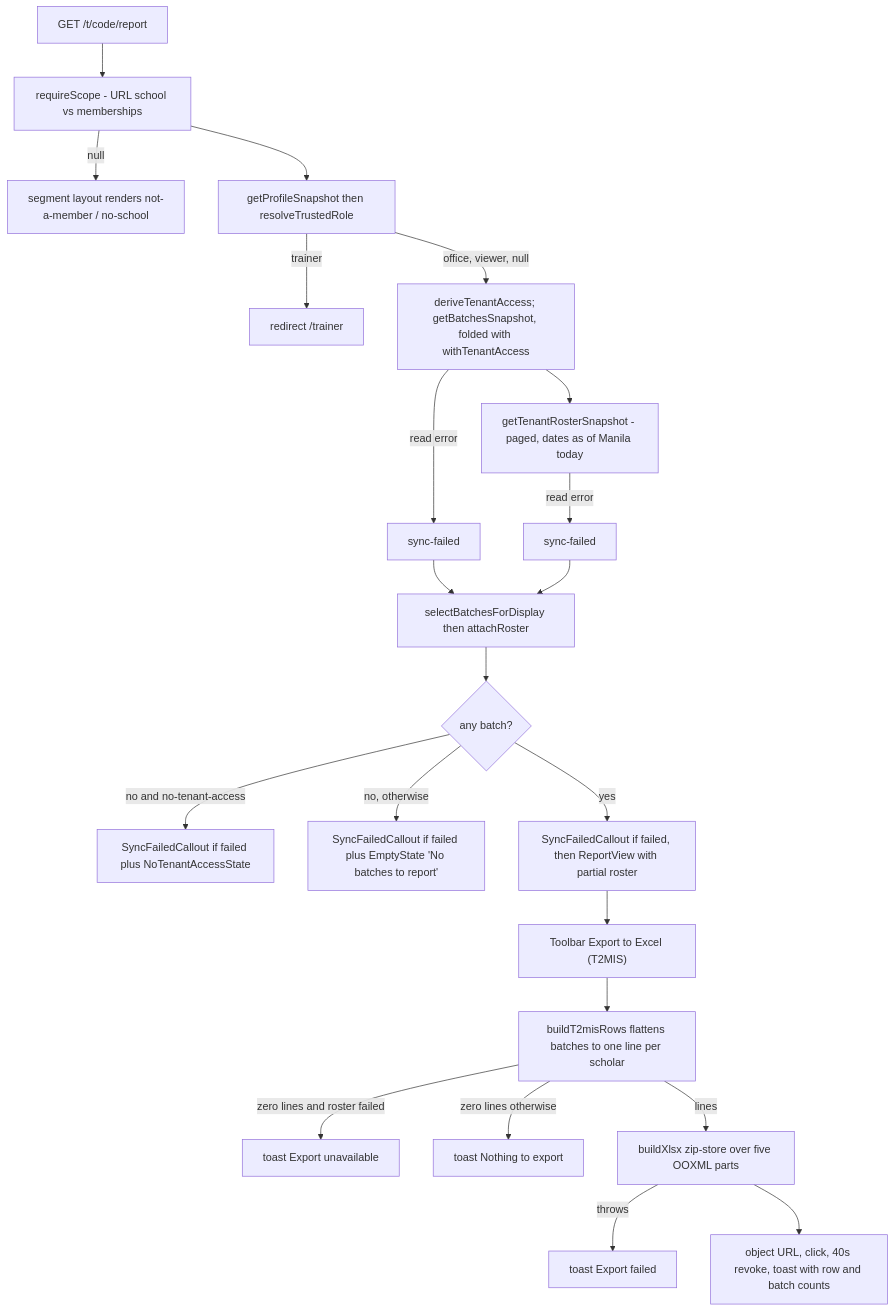
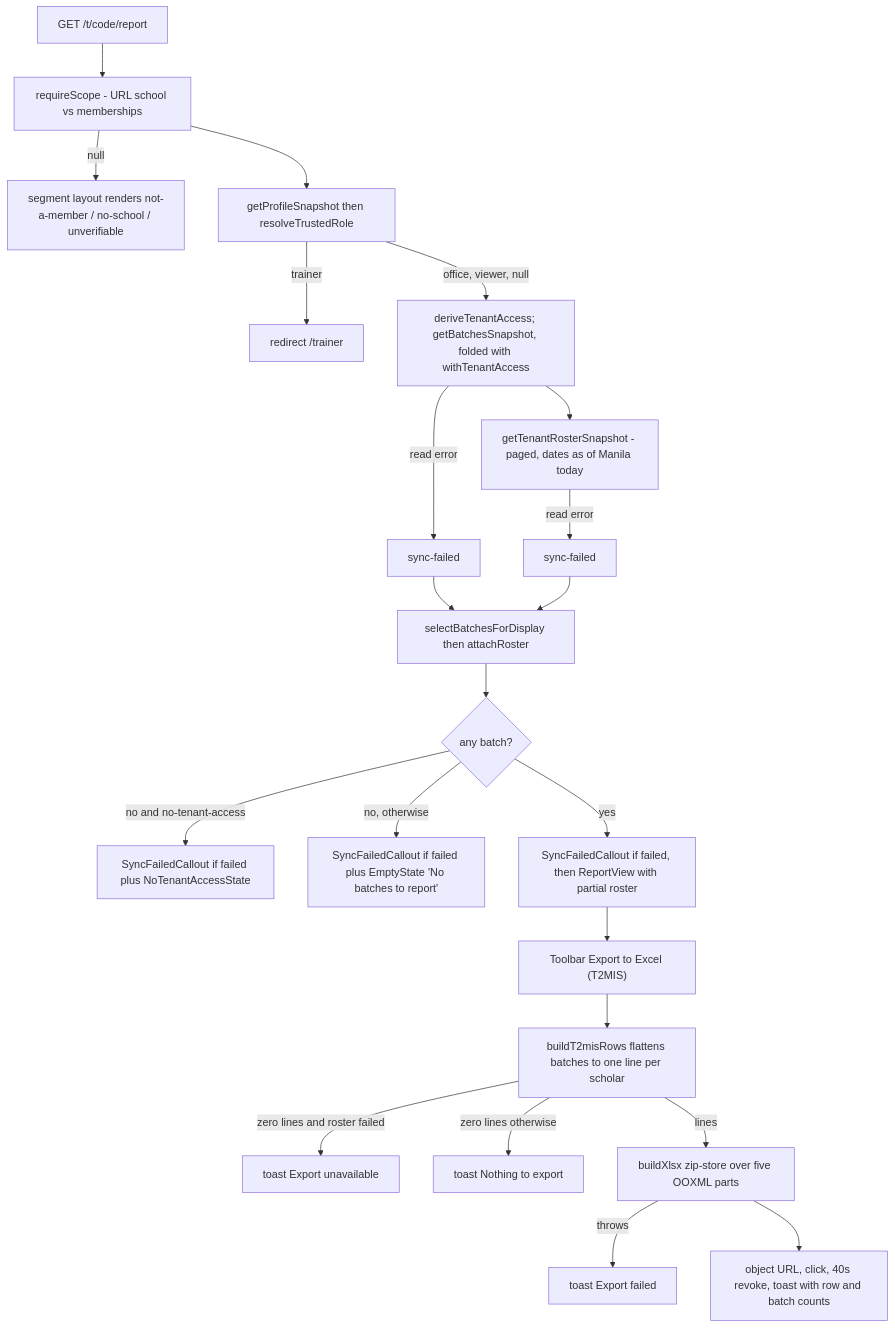
The second of 2 diagrams in openwiki/workflows/reporting-and-export.md (shuakyle21/tesda-compliance-manager), drawn with Mermaid before and after one commit. The commit also changed other lines of this file and 44 other files, not shown here.

````diff
--- a/openwiki/workflows/reporting-and-export.md
+++ b/openwiki/workflows/reporting-and-export.md
@@ -75,24 +156,24 @@
 ```mermaid
 flowchart TD
   A["GET /t/code/report"] --> B["requireScope - URL school vs memberships"]
-  B -->|null| B1["segment layout renders not-a-member / no-school"]
+  B -->|null| B1["segment layout renders not-a-member / no-school / unverifiable"]
   B --> C["getProfileSnapshot then resolveTrustedRole"]
   C -->|trainer| C1["redirect /trainer"]
   C -->|office, viewer, null| D["deriveTenantAccess; getBatchesSnapshot, folded with withTenantAccess"]
   D -->|read error| D1["sync-failed"]
   D --> F["getTenantRosterSnapshot - paged, dates as of Manila today"]
   F -->|read error| F1["sync-failed"]
   D1 --> G["selectBatchesForDisplay then attachRoster"]
   F1 --> G
   G --> H{"any batch?"}
   H -->|"no and no-tenant-access"| H1["SyncFailedCallout if failed plus NoTenantAccessState"]
   H -->|"no, otherwise"| H2["SyncFailedCallout if failed plus EmptyState 'No batches to report'"]
   H -->|yes| I["SyncFailedCallout if failed, then ReportView with partial roster"]
   I --> J["Toolbar Export to Excel (T2MIS)"]
   J --> K["buildT2misRows flattens batches to one line per scholar"]
   K -->|zero lines and roster failed| K1["toast Export unavailable"]
   K -->|zero lines otherwise| K2["toast Nothing to export"]
   K -->|lines| L["buildXlsx zip-store over five OOXML parts"]
   L -->|throws| L1["toast Export failed"]
   L --> M["object URL, click, 40s revoke, toast with row and batch counts"]
 ```
````
